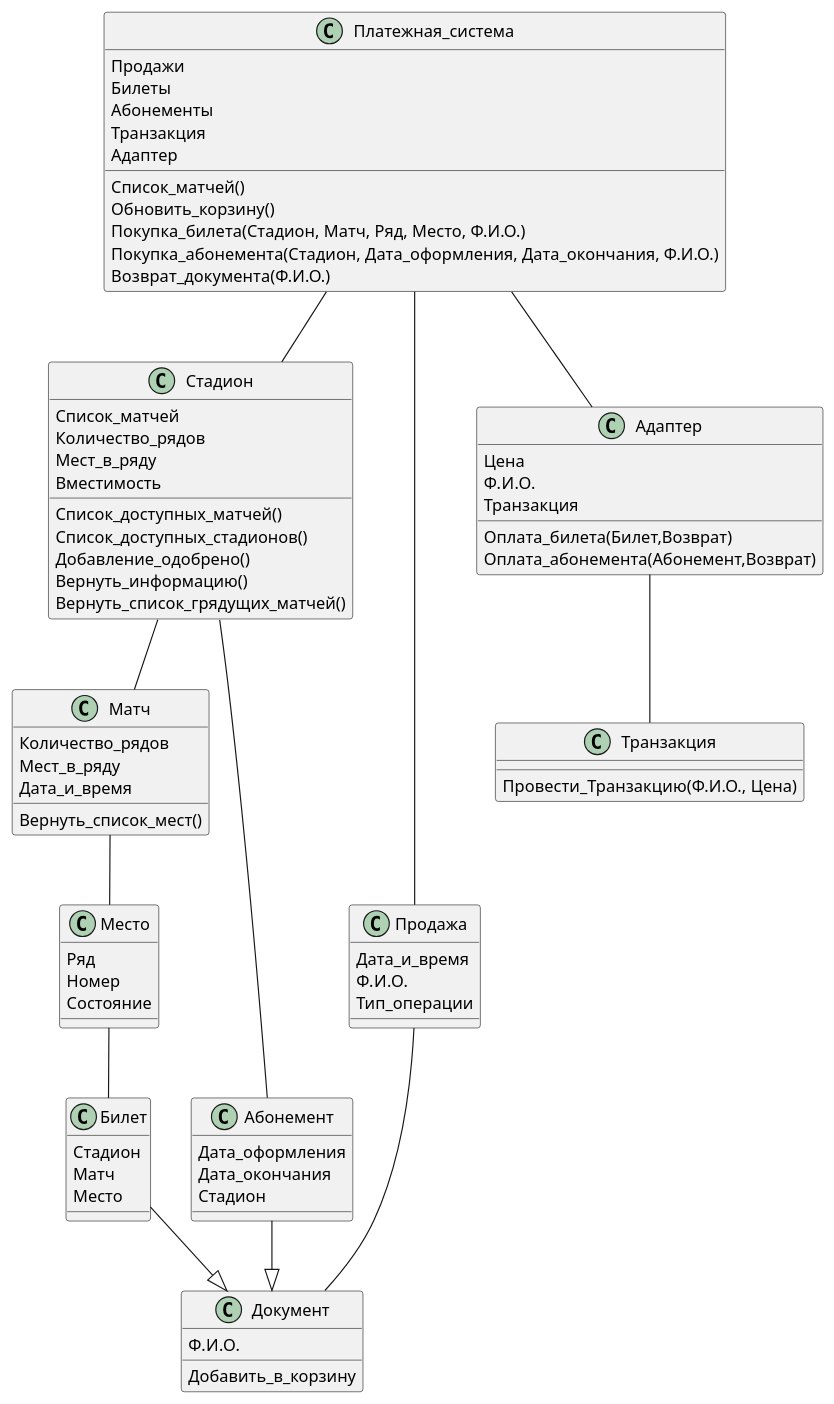
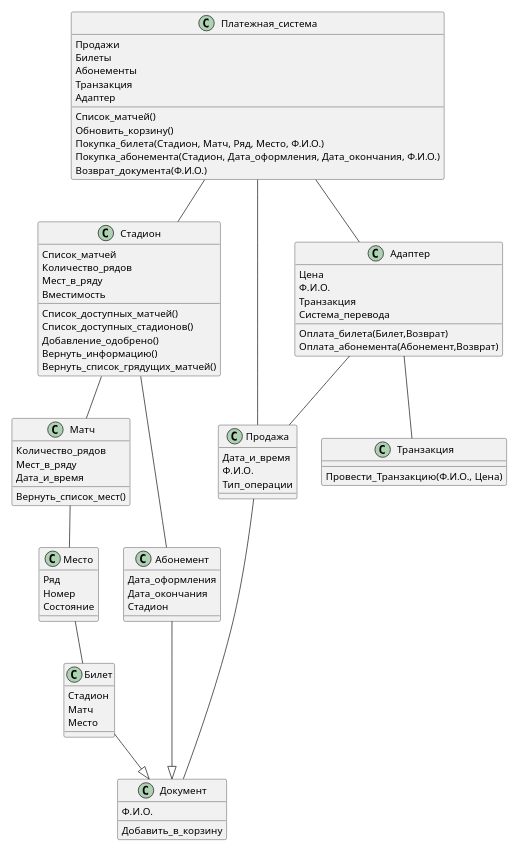
One commit to penamarth/bsbo-13-22_team3_var10 changed the diagram in Диаграмма классов.md. Above: the diagram before and after it, drawn with PlantUML.

Commit message:
Update Диаграмма классов.md

````diff
--- a/Диаграмма классов.md
+++ b/Диаграмма классов.md
@@ -1,5 +1,7 @@
 ```plantuml
-@startuml
+@startuml Диаграмма классов:
+
+scale 0.6
 
 class Платежная_система {
   {field} Продажи
@@ -67,6 +69,7 @@
   {field} Цена
   {field} Ф.И.О.
   {field} Транзакция
+  {field} Система_перевода
   {method} Оплата_билета(Билет,Возврат)
   {method} Оплата_абонемента(Абонемент,Возврат)
 }
@@ -85,6 +88,7 @@
 Продажа -- Документ
 Платежная_система -- Адаптер
 Адаптер -- Транзакция
+Адаптер -- Продажа
 
 @enduml
 ```
````
